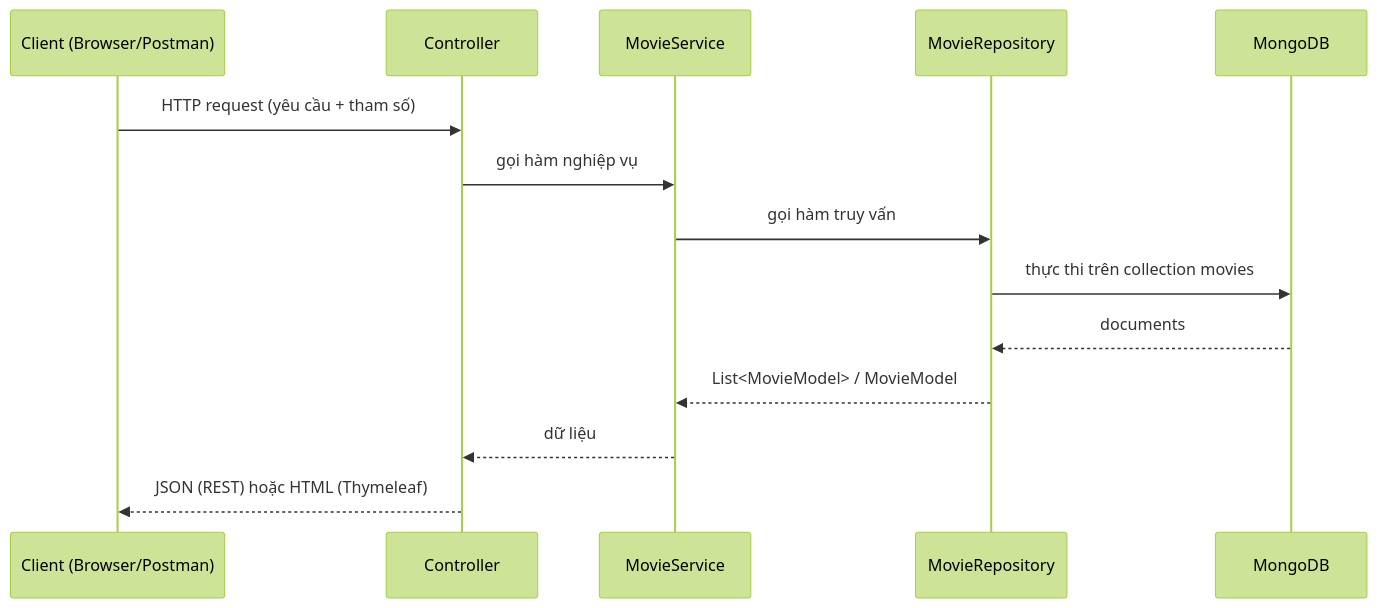
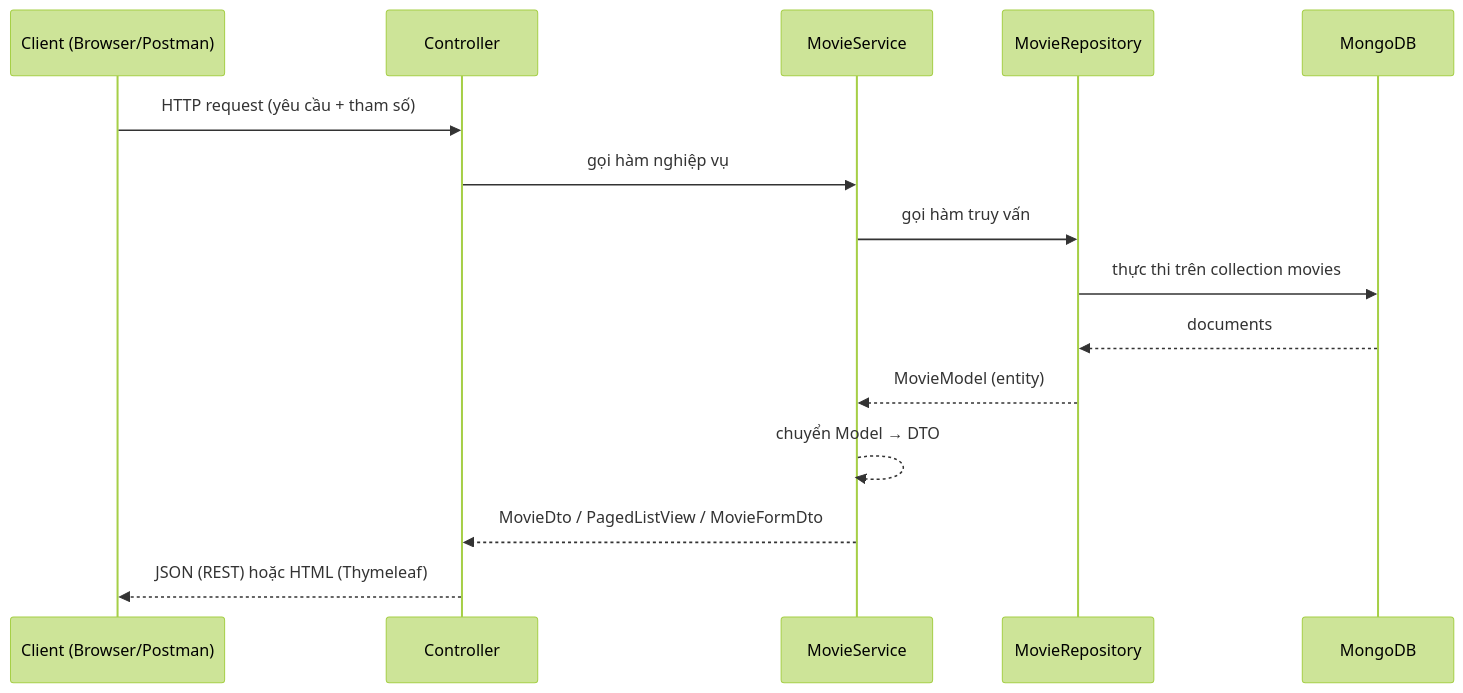
One commit to nguyenvudangkhoa189/t3h-ltv-java-module-3 changed the second of 3 diagrams in syllabus/module-3/java_m3_bai3_MongoDB_Spring_1.md. Above: the diagram before and after it, drawn with Mermaid (forest theme). The commit also changed other lines of this file and 10 other files, not shown here.

````diff
--- a/syllabus/module-3/java_m3_bai3_MongoDB_Spring_1.md
+++ b/syllabus/module-3/java_m3_bai3_MongoDB_Spring_1.md
@@ -182,17 +188,18 @@
 ```mermaid
 sequenceDiagram
     participant Client as Client (Browser/Postman)
     participant C as Controller
     participant S as MovieService
     participant R as MovieRepository
     participant DB as MongoDB
 
     Client->>C: HTTP request (yêu cầu + tham số)
     C->>S: gọi hàm nghiệp vụ
     S->>R: gọi hàm truy vấn
     R->>DB: thực thi trên collection movies
     DB-->>R: documents
-    R-->>S: List<MovieModel> / MovieModel
-    S-->>C: dữ liệu
+    R-->>S: MovieModel (entity)
+    S-->>S: chuyển Model → DTO
+    S-->>C: MovieDto / PagedListView / MovieFormDto
     C-->>Client: JSON (REST) hoặc HTML (Thymeleaf)
 ```
````
